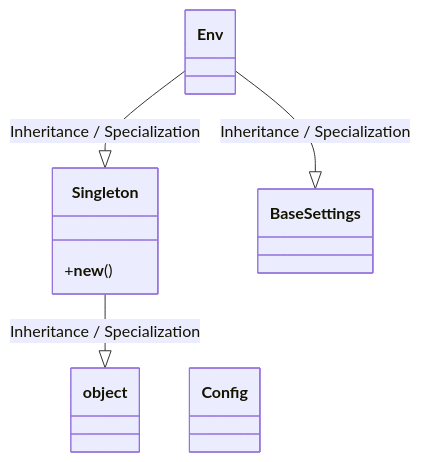
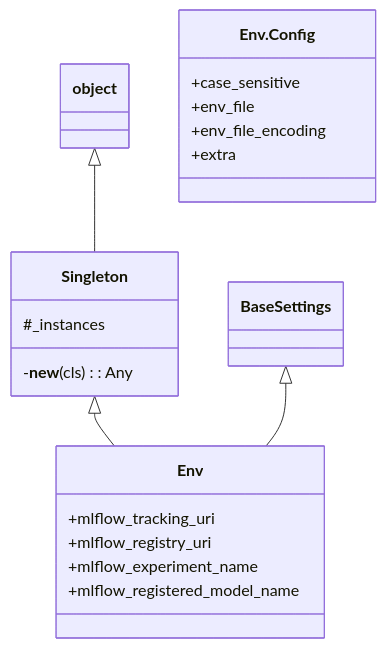
One commit to lgcorzo/mlops-python-package changed the first of 4 diagrams in openwiki/src/regression_model_template/io/osvariables.md. Above: the diagram before and after it, drawn with Mermaid. The commit also changed other lines of this file and 91 other files, not shown here.

````diff
--- a/openwiki/src/regression_model_template/io/osvariables.md
+++ b/openwiki/src/regression_model_template/io/osvariables.md
@@ -20,14 +21,22 @@
 ```mermaid
 classDiagram
-    direction BT
     class Singleton {
-        +__new__()
+        #_instances
+        -__new__(cls) : Any
     }
-    object <|-- Singleton : Inheritance / Specialization
+    object <|-- Singleton
     class Env {
+        +mlflow_tracking_uri
+        +mlflow_registry_uri
+        +mlflow_experiment_name
+        +mlflow_registered_model_name
     }
-    Singleton <|-- Env : Inheritance / Specialization
-    BaseSettings <|-- Env : Inheritance / Specialization
-    class Config {
+    Singleton <|-- Env
+    BaseSettings <|-- Env
+    class Env.Config {
+        +case_sensitive
+        +env_file
+        +env_file_encoding
+        +extra
     }
 ```
````
